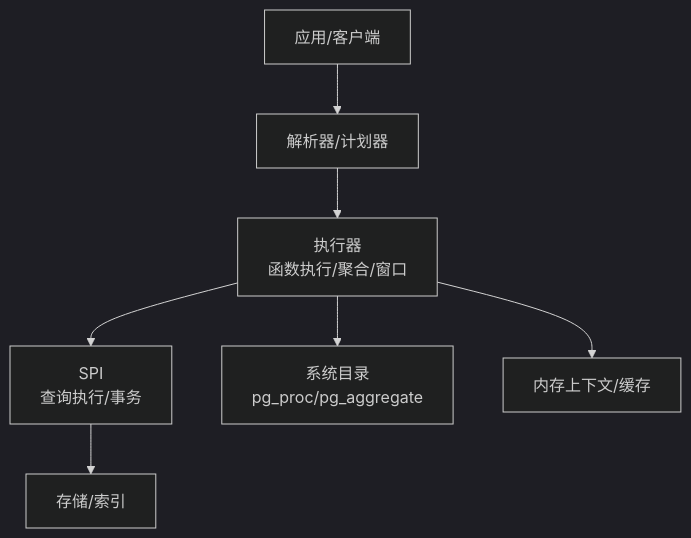
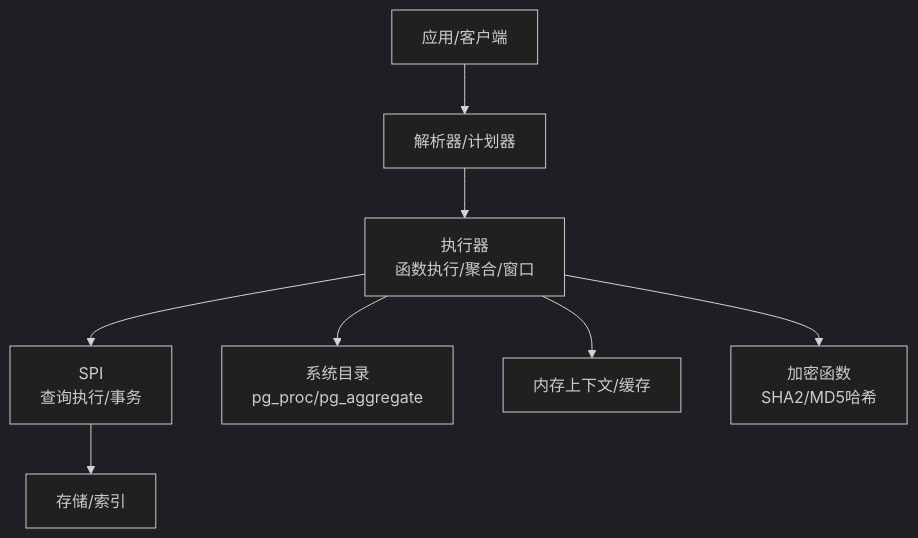
One commit to chirpyli/minipg changed the first of 10 diagrams in .qoder/repowiki/zh/content/扩展开发/用户定义函数.md. Above: the diagram before and after it, drawn with Mermaid (dark theme). The commit also changed other lines of this file and 362 other files, not shown here.

````diff
--- a/.qoder/repowiki/zh/content/扩展开发/用户定义函数.md
+++ b/.qoder/repowiki/zh/content/扩展开发/用户定义函数.md
@@ -46,9 +59,10 @@
 ```mermaid
 graph TB
 A["应用/客户端"] --> B["解析器/计划器"]
 B --> C["执行器<br/>函数执行/聚合/窗口"]
 C --> D["SPI<br/>查询执行/事务"]
 C --> E["系统目录<br/>pg_proc/pg_aggregate"]
 C --> F["内存上下文/缓存"]
 D --> G["存储/索引"]
+C --> H["加密函数<br/>SHA2/MD5哈希"]
 ```
````
